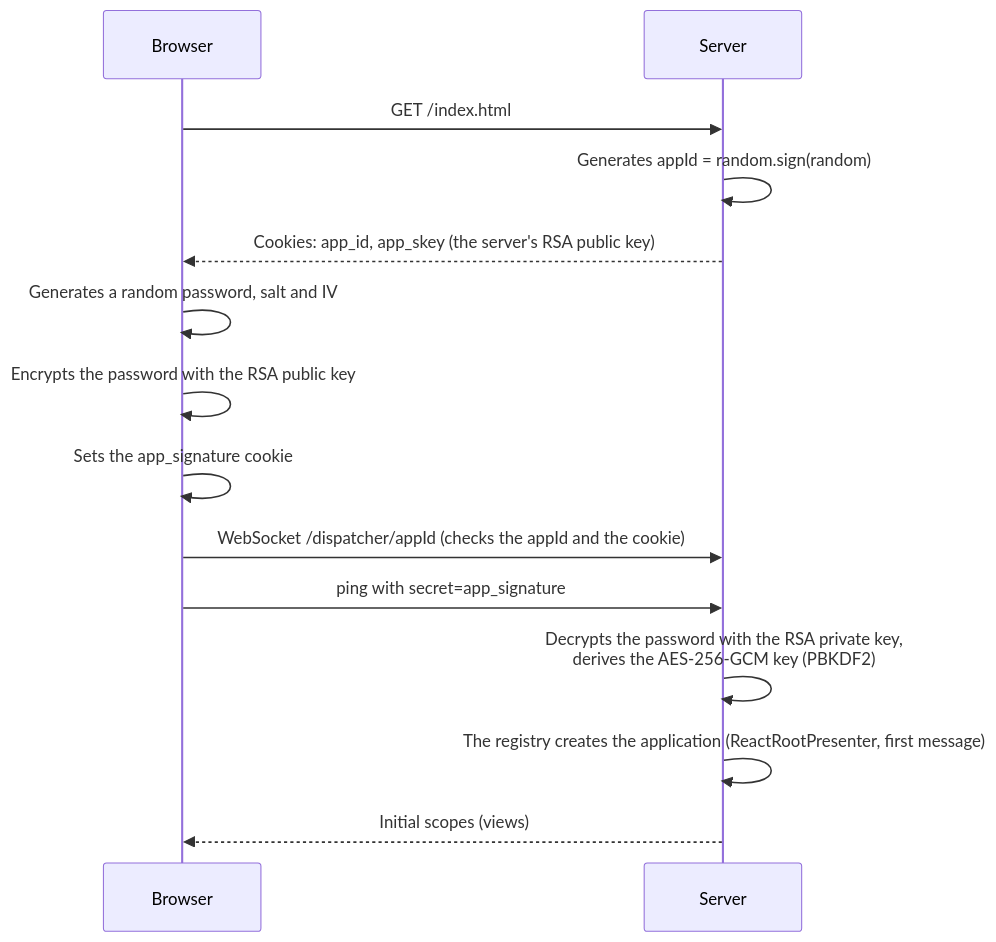
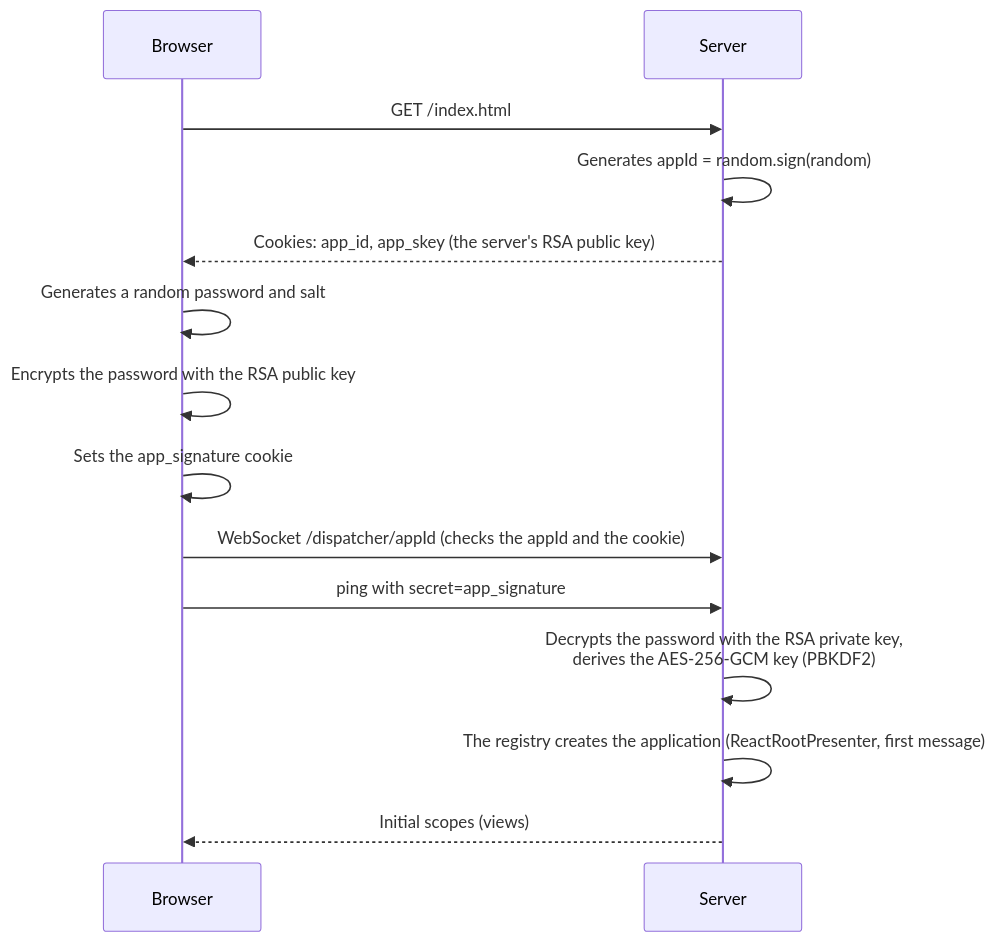
Before and after one commit to mrcdom/wdc-cube-kotlin: the fifth of 9 diagrams in docs/architecture-react.md, drawn with Mermaid. The commit also changed other lines of this file and 7 other files, not shown here.

````diff
--- a/docs/architecture-react.md
+++ b/docs/architecture-react.md
@@ -170,19 +170,19 @@
 ```mermaid
 sequenceDiagram
     participant Browser as Browser
     participant Server as Server
 
     Browser->>Server: GET /index.html
     Server->>Server: Generates appId = random.sign(random)
     Server-->>Browser: Cookies: app_id, app_skey (the server's RSA public key)
 
-    Browser->>Browser: Generates a random password, salt and IV
+    Browser->>Browser: Generates a random password and salt
     Browser->>Browser: Encrypts the password with the RSA public key
     Browser->>Browser: Sets the app_signature cookie
 
     Browser->>Server: WebSocket /dispatcher/appId (checks the appId and the cookie)
     Browser->>Server: ping with secret=app_signature
     Server->>Server: Decrypts the password with the RSA private key,<br/>derives the AES-256-GCM key (PBKDF2)
     Server->>Server: The registry creates the application (ReactRootPresenter, first message)
     Server-->>Browser: Initial scopes (views)
 ```
````
